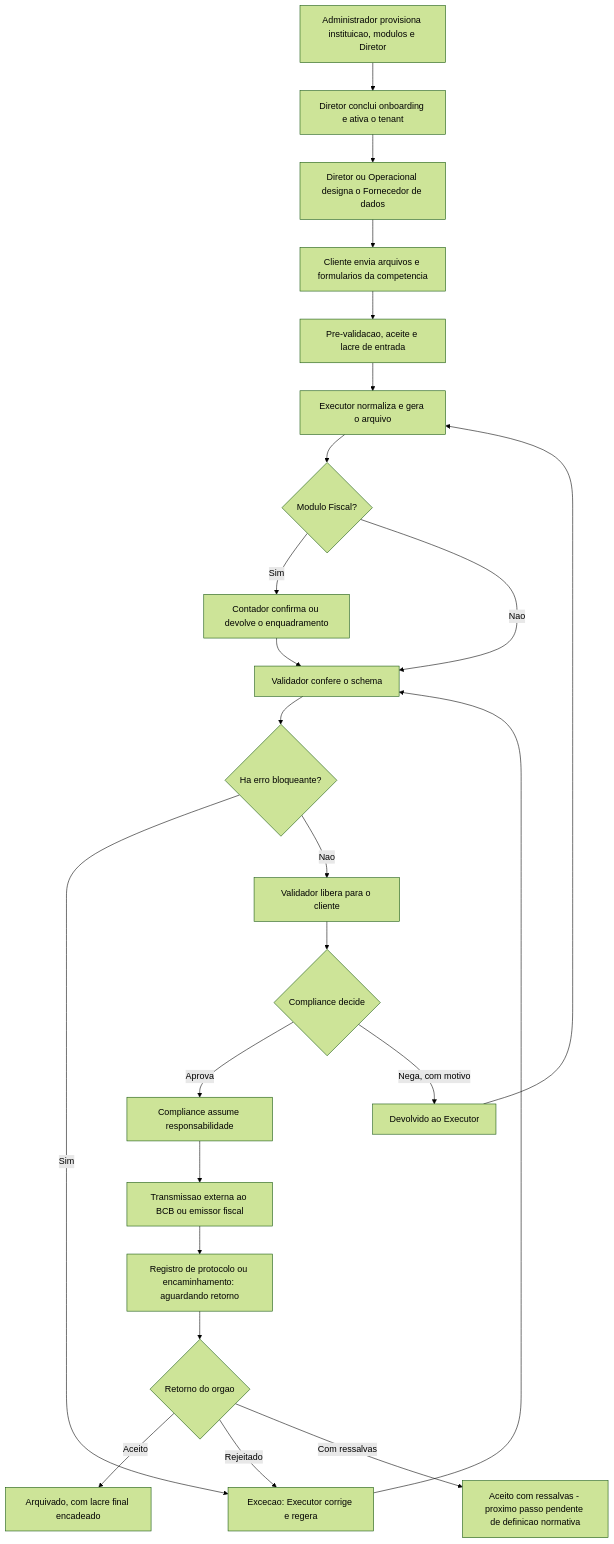
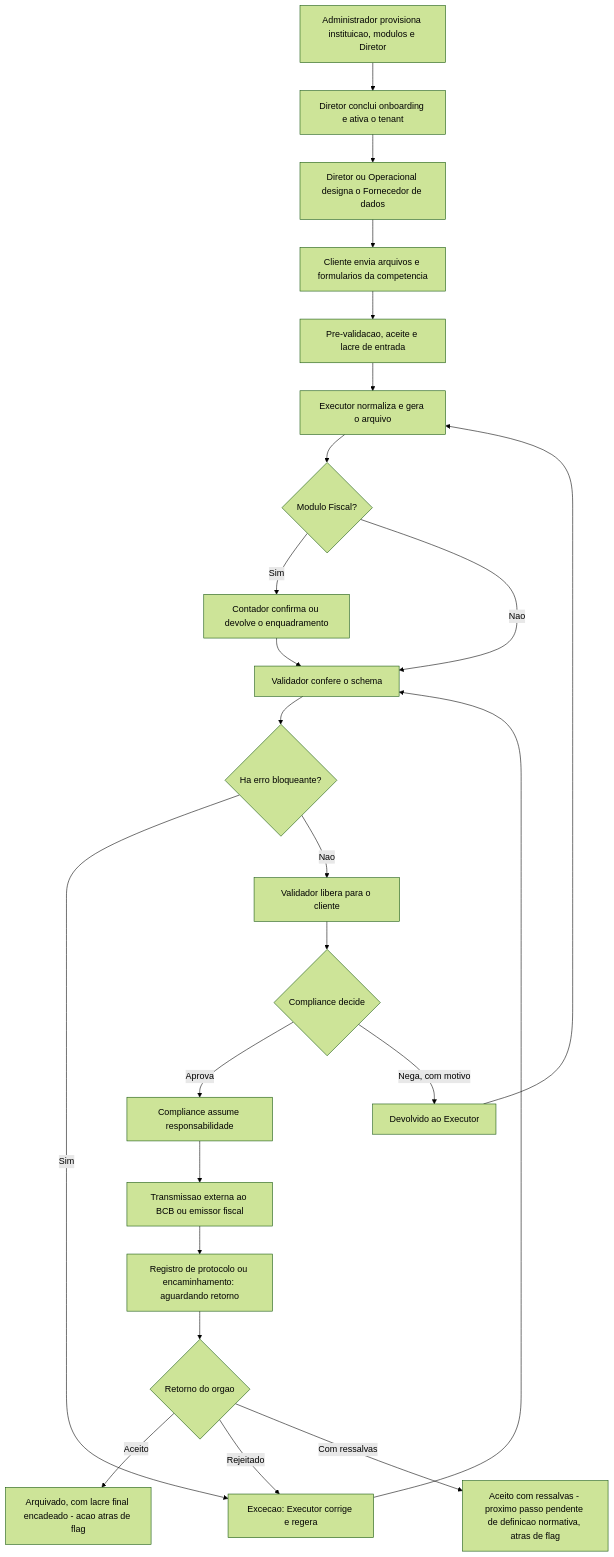
Before and after one commit to manucadev81/videnas-app: the diagram in docs/resumo-executivo-videnas.md, drawn with Mermaid (forest theme). The commit also changed other lines of this file and 38 other files, not shown here.

First line of the commit message:
feat: approval flow R2 - regulator return (ACAM213), archive with exit seal and retention

````diff
--- a/docs/resumo-executivo-videnas.md
+++ b/docs/resumo-executivo-videnas.md
@@ -30,26 +30,26 @@
 ```mermaid
 flowchart TD
     A[Administrador provisiona instituicao, modulos e Diretor] --> B[Diretor conclui onboarding e ativa o tenant]
     B --> C[Diretor ou Operacional designa o Fornecedor de dados]
     C --> D[Cliente envia arquivos e formularios da competencia]
     D --> E[Pre-validacao, aceite e lacre de entrada]
     E --> F[Executor normaliza e gera o arquivo]
     F --> G{Modulo Fiscal?}
     G -- Sim --> H[Contador confirma ou devolve o enquadramento]
     H --> I[Validador confere o schema]
     G -- Nao --> I
     I --> J{Ha erro bloqueante?}
     J -- Sim --> K[Excecao: Executor corrige e regera]
     K --> I
     J -- Nao --> L[Validador libera para o cliente]
     L --> M{Compliance decide}
     M -- Aprova --> N[Compliance assume responsabilidade]
     M -- Nega, com motivo --> M2[Devolvido ao Executor]
     M2 --> F
     N --> O[Transmissao externa ao BCB ou emissor fiscal]
     O --> P[Registro de protocolo ou encaminhamento: aguardando retorno]
     P --> Q{Retorno do orgao}
-    Q -- Aceito --> R[Arquivado, com lacre final encadeado]
+    Q -- Aceito --> R[Arquivado, com lacre final encadeado - acao atras de flag]
     Q -- Rejeitado --> K
-    Q -- Com ressalvas --> S[Aceito com ressalvas - proximo passo pendente de definicao normativa]
+    Q -- Com ressalvas --> S[Aceito com ressalvas - proximo passo pendente de definicao normativa, atras de flag]
 ```
````
